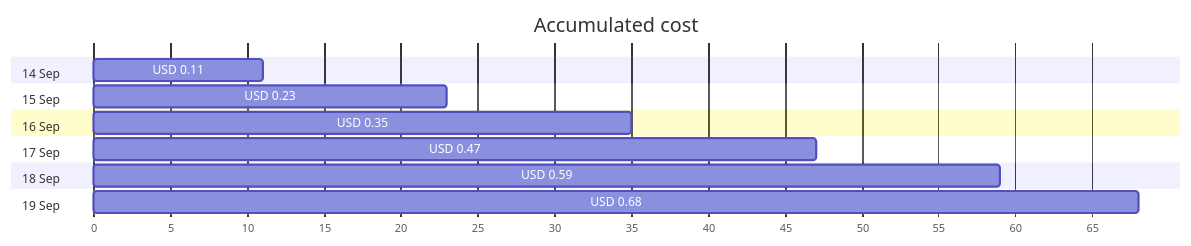
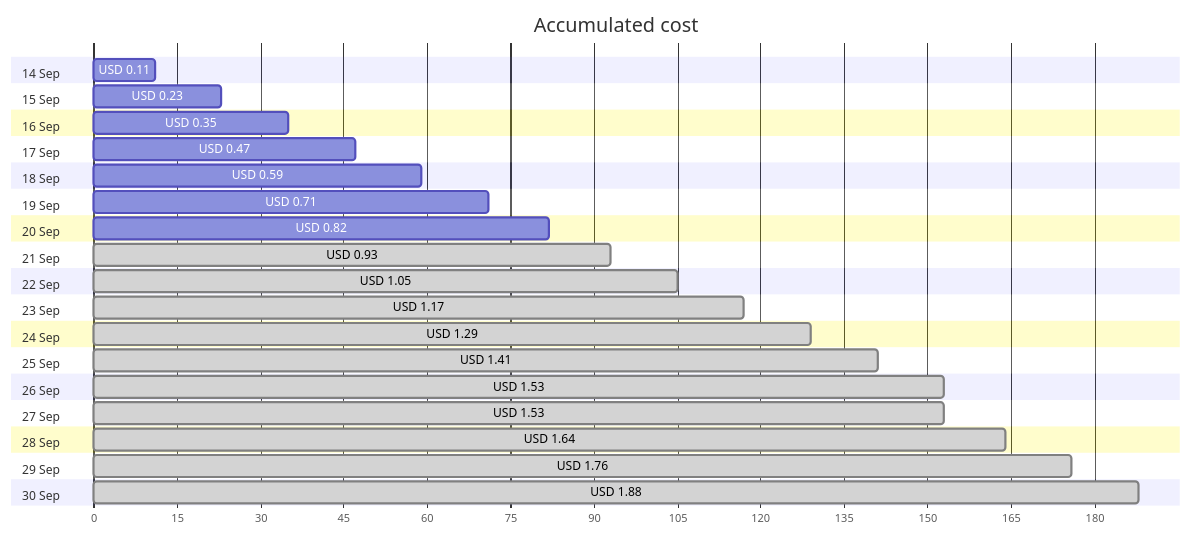
The first of 4 diagrams in cost-reports/personal-network/backup-server-public-ip.md (jpfulton/azure-personal-reports), drawn with Mermaid before and after one commit. The commit also changed other lines of this file and 9 other files, not shown here.

````diff
--- a/cost-reports/personal-network/backup-server-public-ip.md
+++ b/cost-reports/personal-network/backup-server-public-ip.md
@@ -20,18 +20,40 @@
 ```mermaid
 gantt
    title Accumulated cost
    dateFormat  X
    axisFormat %s
    section 14 Sep
    USD 0.11 :0, 11
    section 15 Sep
    USD 0.23 :0, 23
    section 16 Sep
    USD 0.35 :0, 35
    section 17 Sep
    USD 0.47 :0, 47
    section 18 Sep
    USD 0.59 :0, 59
    section 19 Sep
-   USD 0.68 :0, 68
+   USD 0.71 :0, 71
+   section 20 Sep
+   USD 0.82 :0, 82
+   section 21 Sep
+   USD 0.93 : done, 0, 93
+   section 22 Sep
+   USD 1.05 : done, 0, 105
+   section 23 Sep
+   USD 1.17 : done, 0, 117
+   section 24 Sep
+   USD 1.29 : done, 0, 129
+   section 25 Sep
+   USD 1.41 : done, 0, 141
+   section 26 Sep
+   USD 1.53 : done, 0, 153
+   section 27 Sep
+   USD 1.53 : done, 0, 153
+   section 28 Sep
+   USD 1.64 : done, 0, 164
+   section 29 Sep
+   USD 1.76 : done, 0, 176
+   section 30 Sep
+   USD 1.88 : done, 0, 188
 ```
````
